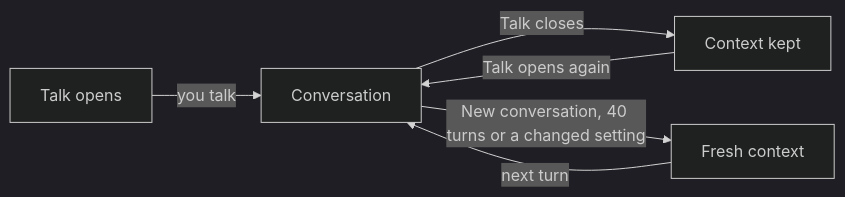
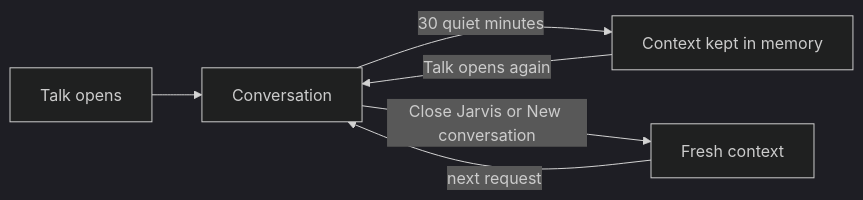
Before and after one commit to vanillagreencom/vgshell: the diagram in shell/plugins/vgs.jarvis/documentation/HIW-conversations.md, drawn with Mermaid (dark theme). The commit also changed other lines of this file and 48 other files, not shown here.

First line of the commit message:
fix(VGS-2666): separate Jarvis Stop and Close

````diff
--- a/shell/plugins/vgs.jarvis/documentation/HIW-conversations.md
+++ b/shell/plugins/vgs.jarvis/documentation/HIW-conversations.md
@@ -5,8 +5,8 @@
 ```mermaid
 flowchart LR
-    Open[Talk opens] -->|you talk| Conversation[Conversation]
-    Conversation -->|Talk closes| Kept[Context kept]
+    Open[Talk opens] --> Conversation[Conversation]
+    Conversation -->|30 quiet minutes| Kept[Context kept in memory]
     Kept -->|Talk opens again| Conversation
-    Conversation -->|New conversation, 40 turns or a changed setting| Fresh[Fresh context]
-    Fresh -->|next turn| Conversation
+    Conversation -->|Close Jarvis or New conversation| Fresh[Fresh context]
+    Fresh -->|next request| Conversation
 ```
````
